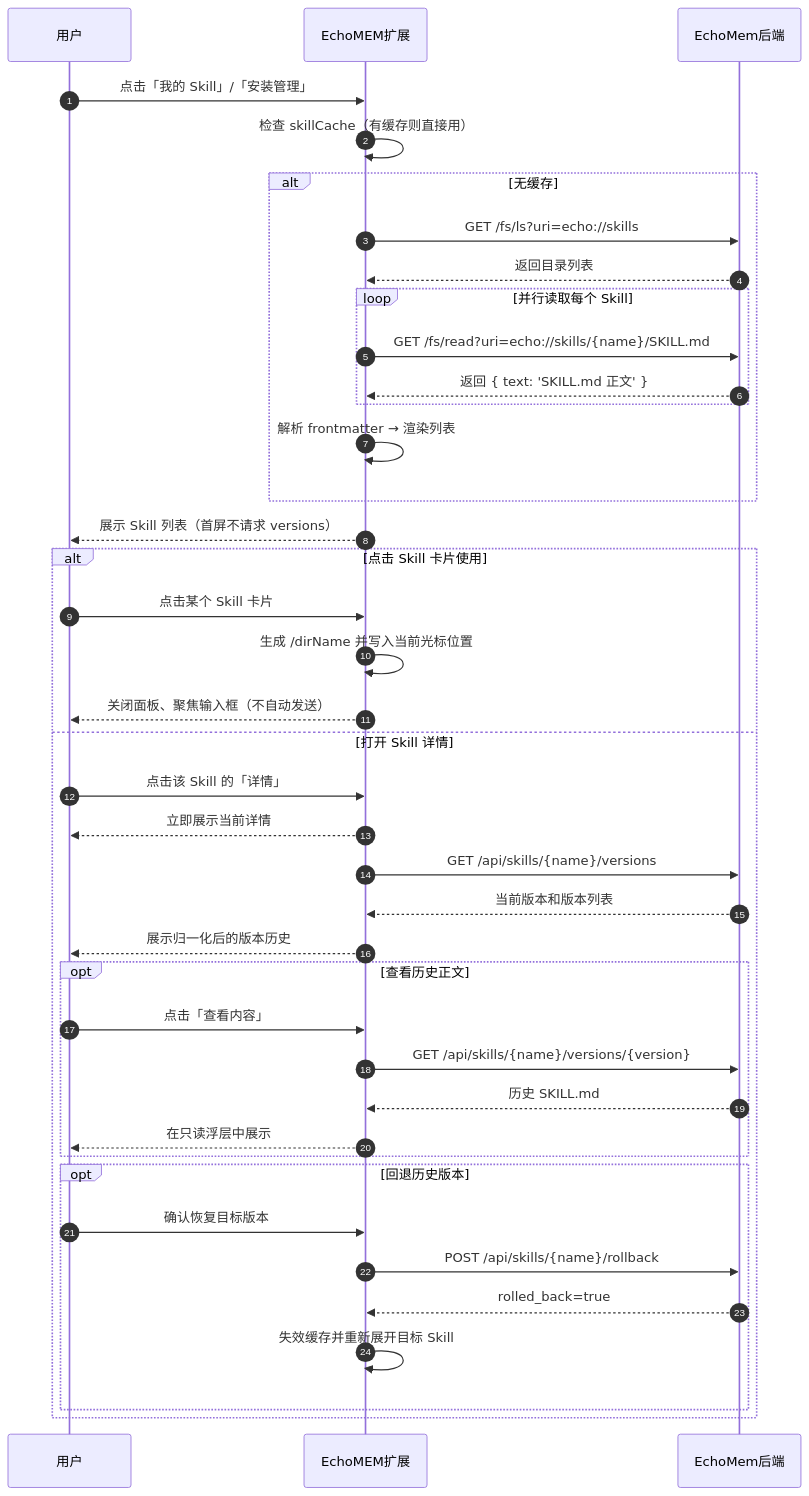
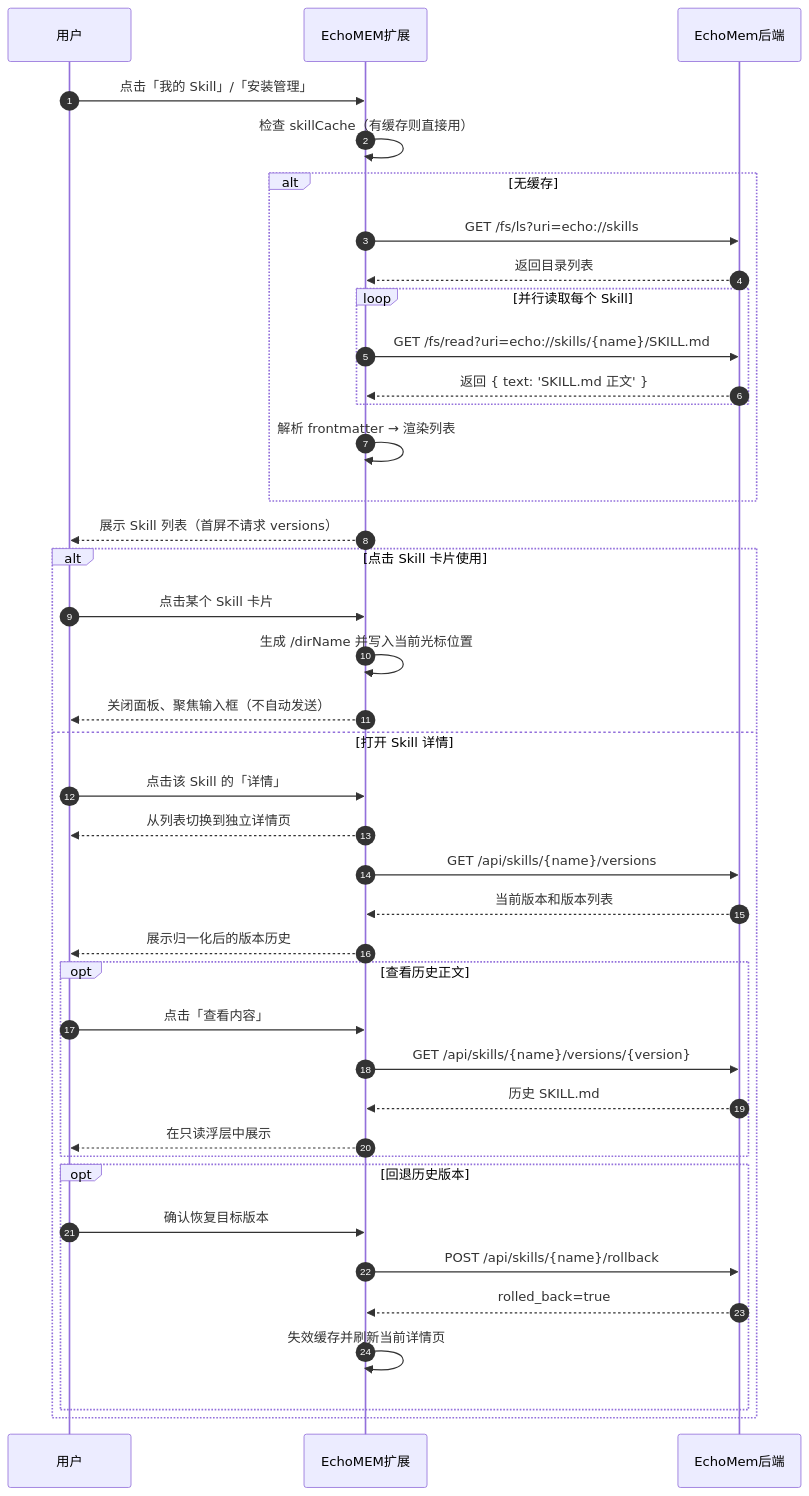
Before and after one commit to WawaGuess/EchoMEM-WEB-EXTENSION: the diagram in docs/flows/skill-store/列表读取流程.md, drawn with Mermaid. The commit also changed other lines of this file and 4 other files, not shown here.

````diff
--- a/docs/flows/skill-store/列表读取流程.md
+++ b/docs/flows/skill-store/列表读取流程.md
@@ -22,43 +22,43 @@
 ```mermaid
 sequenceDiagram
     autonumber
     participant U as 用户
     participant E as EchoMEM扩展
     participant EM as EchoMem后端
 
     U->>E: 点击「我的 Skill」/「安装管理」
     E->>E: 检查 skillCache（有缓存则直接用）
     alt 无缓存
         E->>EM: GET /fs/ls?uri=echo://skills
         EM-->>E: 返回目录列表
         loop 并行读取每个 Skill
             E->>EM: GET /fs/read?uri=echo://skills/{name}/SKILL.md
             EM-->>E: 返回 { text: 'SKILL.md 正文' }
         end
         E->>E: 解析 frontmatter → 渲染列表
     end
     E-->>U: 展示 Skill 列表（首屏不请求 versions）
     alt 点击 Skill 卡片使用
         U->>E: 点击某个 Skill 卡片
         E->>E: 生成 /dirName 并写入当前光标位置
         E-->>U: 关闭面板、聚焦输入框（不自动发送）
     else 打开 Skill 详情
         U->>E: 点击该 Skill 的「详情」
-        E-->>U: 立即展示当前详情
+        E-->>U: 从列表切换到独立详情页
         E->>EM: GET /api/skills/{name}/versions
         EM-->>E: 当前版本和版本列表
         E-->>U: 展示归一化后的版本历史
         opt 查看历史正文
             U->>E: 点击「查看内容」
             E->>EM: GET /api/skills/{name}/versions/{version}
             EM-->>E: 历史 SKILL.md
             E-->>U: 在只读浮层中展示
         end
         opt 回退历史版本
             U->>E: 确认恢复目标版本
             E->>EM: POST /api/skills/{name}/rollback
             EM-->>E: rolled_back=true
-            E->>E: 失效缓存并重新展开目标 Skill
+            E->>E: 失效缓存并刷新当前详情页
         end
     end
 ```
````
